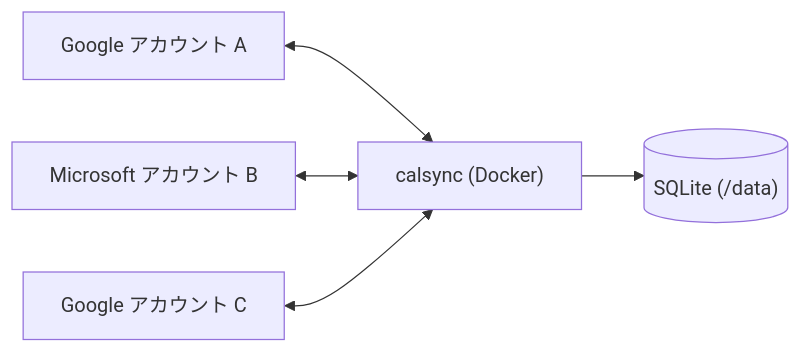
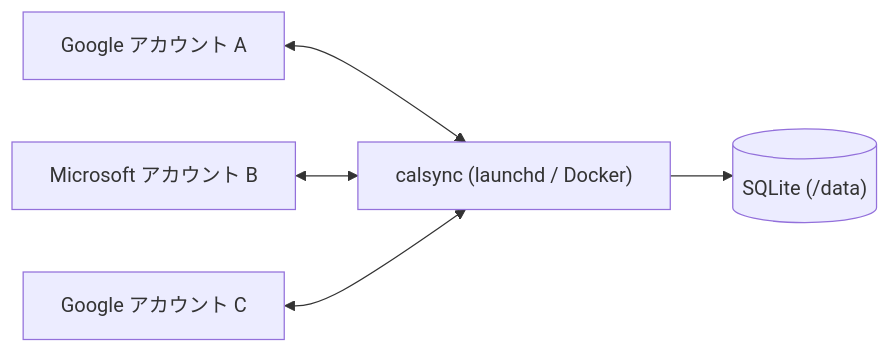
The diagram in README.md (btajp/calsync), drawn with Mermaid before and after one commit. The commit also changed other lines of this file, not shown here.

Commit message:
docs: refresh README for launchd-first deployment and v2.2 notification behavior

````diff
--- a/README.md
+++ b/README.md
@@ -5,7 +5,7 @@
 ```mermaid
 flowchart LR
-    A["Google アカウント A"] <--> E["calsync (Docker)"]
+    A["Google アカウント A"] <--> E["calsync (launchd / Docker)"]
     B["Microsoft アカウント B"] <--> E
     C["Google アカウント C"] <--> E
     E --> S[("SQLite (/data)")]
 ```
````
